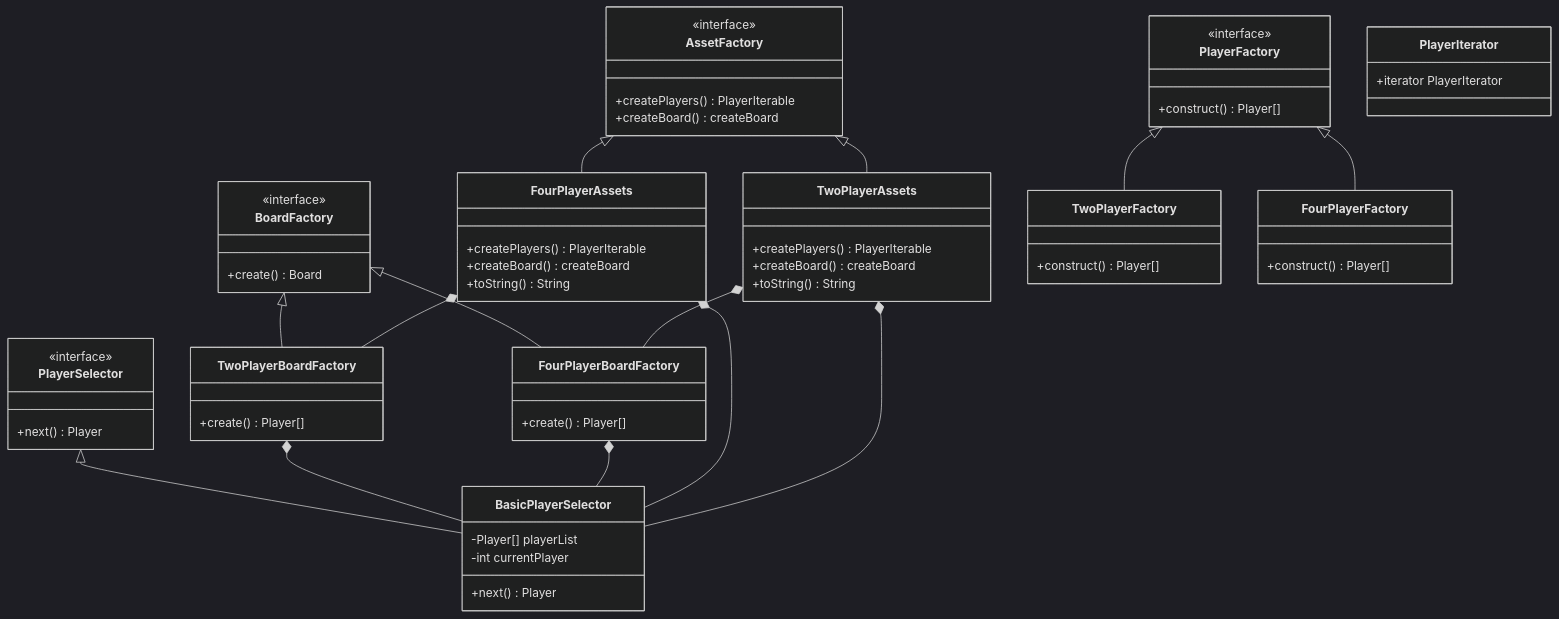
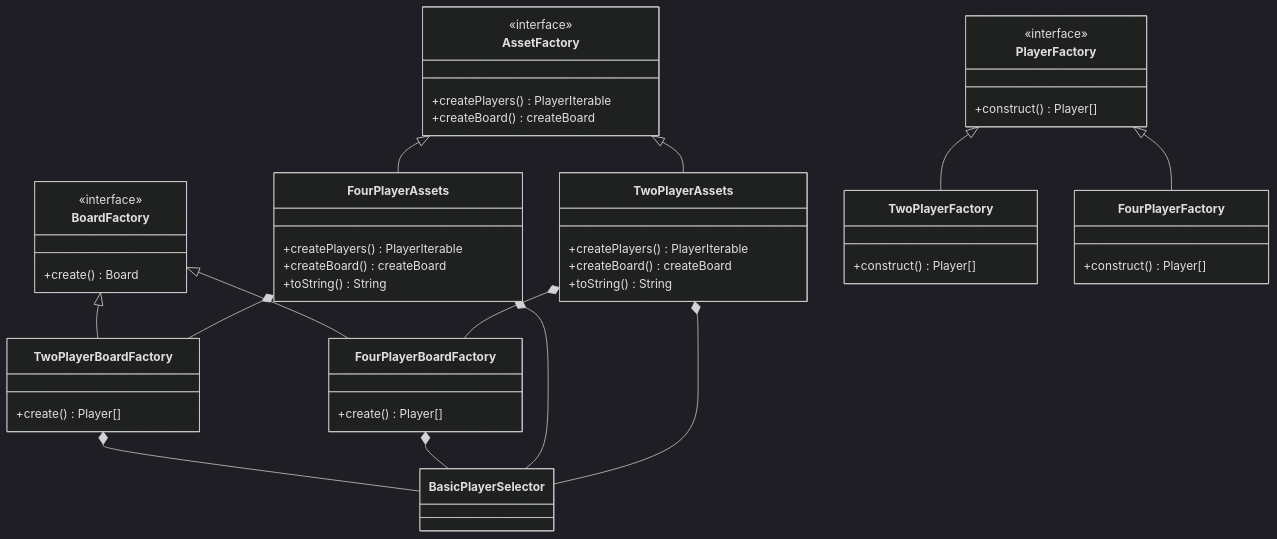
Before and after one commit to Luke3470/DesignPaternsUni: the fourth of 4 diagrams in README.md, drawn with Mermaid (dark theme). The commit also changed other lines of this file, not shown here.

Commit message:
Player Graph Done

````diff
--- a/README.md
+++ b/README.md
@@ -120,73 +120,59 @@
 ```mermaid
 classDiagram
 
     class AssetFactory {
         <<interface>>
         +createPlayers() PlayerIterable
         +createBoard() createBoard
     }
     
     class BoardFactory {
         <<interface>>
         +create() Board
     }
     
     class PlayerFactory{
         <<interface>>
         +construct() Player[]    
     }
     
-    class PlayerSelector{
-        <<interface>>
-        +next() Player
-    }
-    
-    class BasicPlayerSelector{
-        -Player[] playerList
-        -int currentPlayer
-        +next() Player
-    }
-    class PlayerIterator{
-        +iterator PlayerIterator
-    }
         
     class TwoPlayerAssets{
         +createPlayers() PlayerIterable
         +createBoard() createBoard
         +toString() String
     }
     
     class FourPlayerAssets{
         +createPlayers() PlayerIterable
         +createBoard() createBoard
         +toString() String
     }
     
     class TwoPlayerFactory{
         +construct() Player[]    
     }
     
     class FourPlayerFactory{
         +construct() Player[]    
     }
     class TwoPlayerBoardFactory{
         +create() Player[]    
     }
     class FourPlayerBoardFactory{
         +create() Player[]    
     }
         
-    PlayerSelector <|-- BasicPlayerSelector
     PlayerFactory <|-- TwoPlayerFactory
     PlayerFactory <|-- FourPlayerFactory
     BoardFactory <|-- TwoPlayerBoardFactory
     BoardFactory <|-- FourPlayerBoardFactory
     TwoPlayerBoardFactory *-- BasicPlayerSelector
     FourPlayerBoardFactory *-- BasicPlayerSelector
     FourPlayerAssets *-- TwoPlayerBoardFactory
     FourPlayerAssets *-- BasicPlayerSelector
     TwoPlayerAssets *-- FourPlayerBoardFactory
     TwoPlayerAssets *-- BasicPlayerSelector
     AssetFactory <|-- TwoPlayerAssets
     AssetFactory <|-- FourPlayerAssets
 ```
````
